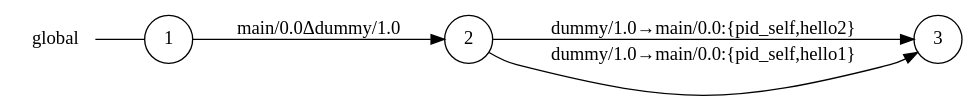
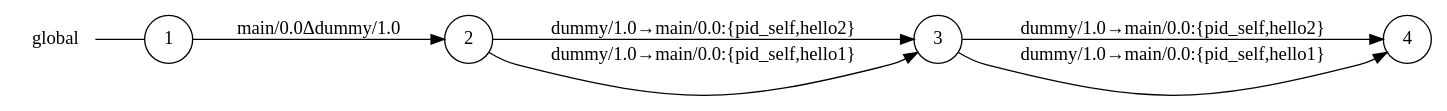
One commit to gabrielegenovese/chorer changed the diagram in examples/function-call/main_0_global_view.dot. Above: the diagram before and after it, drawn with Graphviz. The commit also changed 37 other files, not shown here.

```diff
--- a/examples/function-call/main_0_global_view.dot
+++ b/examples/function-call/main_0_global_view.dot
@@ -1,12 +1,15 @@
 digraph global {
 	rankdir="LR";
 	n_0 [label="global", shape="plaintext"];
 	n_1 [id="1", shape=circle, label="1"];
 	n_0 -> n_1 [arrowhead=none];
 	n_2 [id="2", shape=circle, label="2"];
-	n_3 [id="3", shape=circle, label="3"];
+	n_3 [id="4", shape=circle, label="4"];
+	n_4 [id="3", shape=circle, label="3"];
 
 	n_1 -> n_2 [id="[$e|0]", label="main/0.0Δdummy/1.0"];
-	n_2 -> n_3 [id="[$e|2]", label="dummy/1.0→main/0.0:{pid_self,hello2}"];
-	n_2 -> n_3 [id="[$e|1]", label="dummy/1.0→main/0.0:{pid_self,hello1}"];
+	n_4 -> n_3 [id="[$e|3]", label="dummy/1.0→main/0.0:{pid_self,hello2}"];
+	n_2 -> n_4 [id="[$e|2]", label="dummy/1.0→main/0.0:{pid_self,hello2}"];
+	n_4 -> n_3 [id="[$e|4]", label="dummy/1.0→main/0.0:{pid_self,hello1}"];
+	n_2 -> n_4 [id="[$e|1]", label="dummy/1.0→main/0.0:{pid_self,hello1}"];
 }
```
